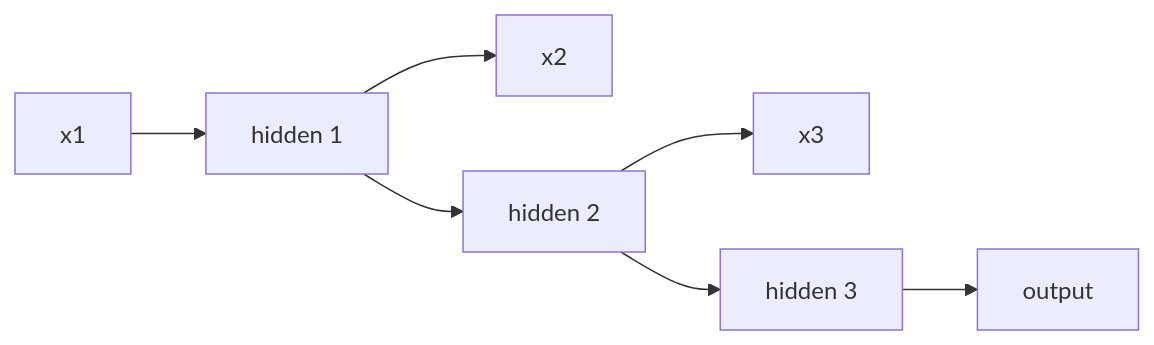
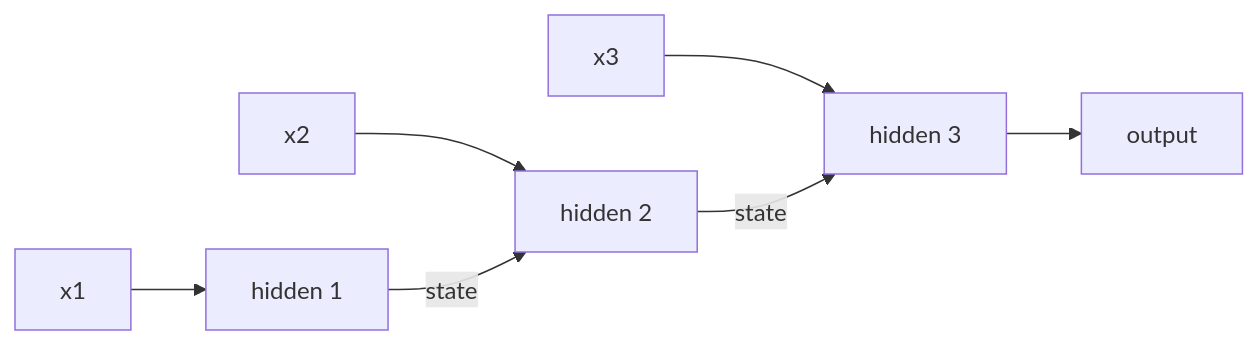
Before and after one commit to anindya-dey/dsa: the diagram in content/ai-ml/concepts/recurrent-neural-networks/index.mdx, drawn with Mermaid. The commit also changed other lines of this file and 321 other files, not shown here.

````diff
--- a/content/ai-ml/concepts/recurrent-neural-networks/index.mdx
+++ b/content/ai-ml/concepts/recurrent-neural-networks/index.mdx
@@ -22,7 +22,9 @@
 ```mermaid
 graph LR
     X1[x1] --> H1[hidden 1]
-    H1 --> X2[x2] & H2[hidden 2]
-    H2 --> X3[x3] & H3[hidden 3]
+    X2[x2] --> H2[hidden 2]
+    X3[x3] --> H3[hidden 3]
+    H1 -->|state| H2
+    H2 -->|state| H3
     H3 --> O[output]
 ```
````
